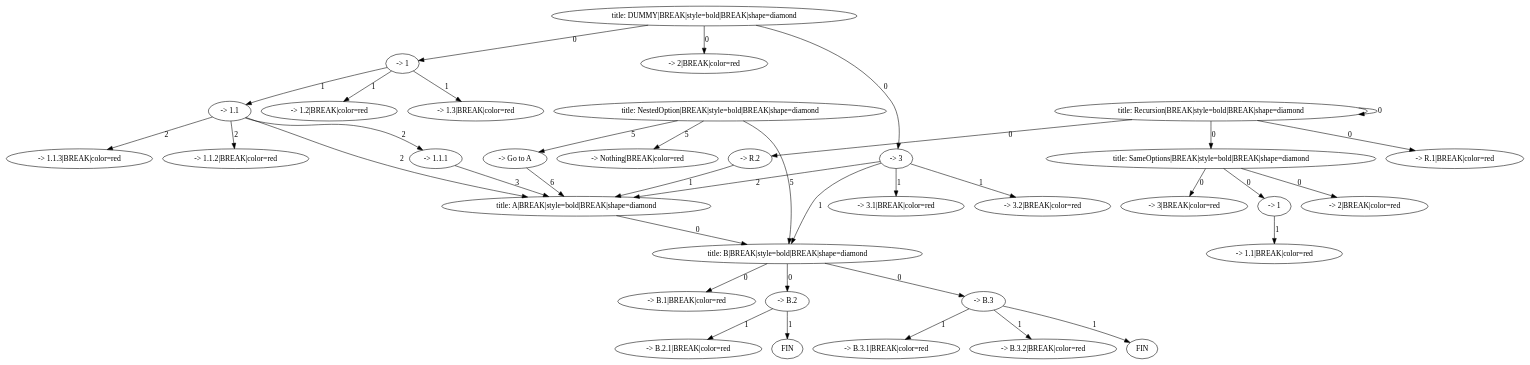
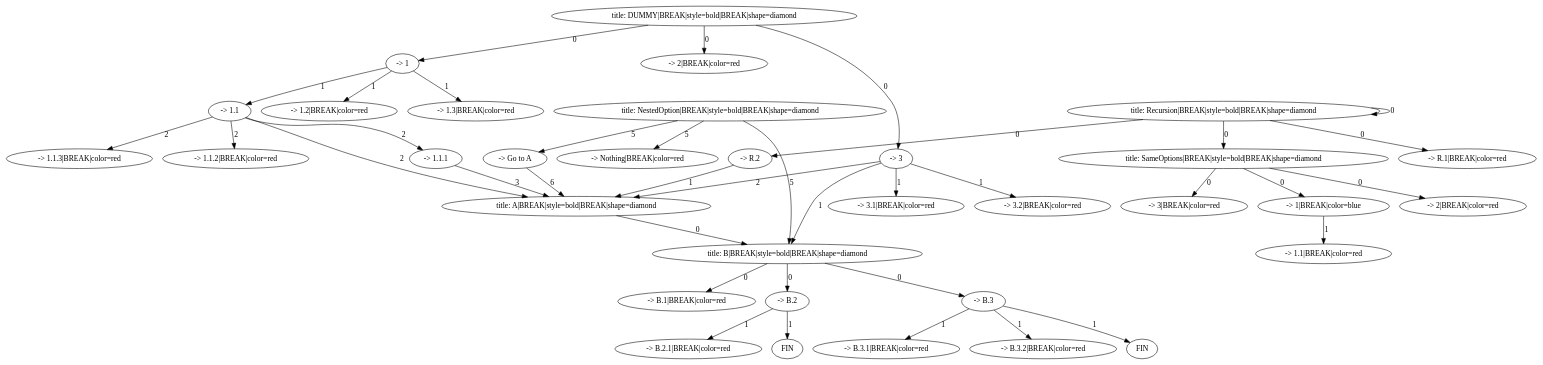
One commit to PraxTube/lost-oppai changed the diagram in dialogue_graph/DUMMY.dot. Above: the diagram before and after it, drawn with Graphviz. The commit also changed 2 other files, not shown here.

Commit message:
feat: Add coloring in graph for single option node
Also decrease map size a little.

```diff
--- a/dialogue_graph/DUMMY.dot
+++ b/dialogue_graph/DUMMY.dot
@@ -1,72 +1,72 @@
 digraph {
     0 [ label = "title: DUMMY|BREAK|style=bold|BREAK|shape=diamond" ]
     1 [ label = "title: A|BREAK|style=bold|BREAK|shape=diamond" ]
     2 [ label = "title: B|BREAK|style=bold|BREAK|shape=diamond" ]
     3 [ label = "title: Recursion|BREAK|style=bold|BREAK|shape=diamond" ]
     4 [ label = "title: SameOptions|BREAK|style=bold|BREAK|shape=diamond" ]
     5 [ label = "title: NestedOption|BREAK|style=bold|BREAK|shape=diamond" ]
     6 [ label = "-> 1" ]
     7 [ label = "-> 1.1" ]
     8 [ label = "-> 1.1.1" ]
     9 [ label = "-> 1.1.2|BREAK|color=red" ]
     10 [ label = "-> 1.1.3|BREAK|color=red" ]
     11 [ label = "-> 1.2|BREAK|color=red" ]
     12 [ label = "-> 1.3|BREAK|color=red" ]
     13 [ label = "-> 2|BREAK|color=red" ]
     14 [ label = "-> 3" ]
     15 [ label = "-> 3.1|BREAK|color=red" ]
     16 [ label = "-> 3.2|BREAK|color=red" ]
     17 [ label = "-> B.1|BREAK|color=red" ]
     18 [ label = "-> B.2" ]
     19 [ label = "FIN" ]
     20 [ label = "-> B.2.1|BREAK|color=red" ]
     21 [ label = "-> B.3" ]
     22 [ label = "-> B.3.1|BREAK|color=red" ]
     23 [ label = "-> B.3.2|BREAK|color=red" ]
     24 [ label = "FIN" ]
     25 [ label = "-> R.1|BREAK|color=red" ]
     26 [ label = "-> R.2" ]
-    27 [ label = "-> 1" ]
+    27 [ label = "-> 1|BREAK|color=blue" ]
     28 [ label = "-> 1.1|BREAK|color=red" ]
     29 [ label = "-> 2|BREAK|color=red" ]
     30 [ label = "-> 3|BREAK|color=red" ]
     31 [ label = "-> Go to A" ]
     32 [ label = "-> Nothing|BREAK|color=red" ]
     0 -> 6 [ label = "0" ]
     6 -> 7 [ label = "1" ]
     7 -> 8 [ label = "2" ]
     8 -> 1 [ label = "3" ]
     7 -> 1 [ label = "2" ]
     7 -> 9 [ label = "2" ]
     7 -> 10 [ label = "2" ]
     6 -> 11 [ label = "1" ]
     6 -> 12 [ label = "1" ]
     0 -> 13 [ label = "0" ]
     0 -> 14 [ label = "0" ]
     14 -> 15 [ label = "1" ]
     14 -> 16 [ label = "1" ]
     14 -> 1 [ label = "2" ]
     14 -> 2 [ label = "1" ]
     1 -> 2 [ label = "0" ]
     2 -> 17 [ label = "0" ]
     2 -> 18 [ label = "0" ]
     18 -> 19 [ label = "1" ]
     18 -> 20 [ label = "1" ]
     2 -> 21 [ label = "0" ]
     21 -> 22 [ label = "1" ]
     21 -> 23 [ label = "1" ]
     21 -> 24 [ label = "1" ]
     3 -> 25 [ label = "0" ]
     3 -> 4 [ label = "0" ]
     3 -> 26 [ label = "0" ]
     26 -> 1 [ label = "1" ]
     3 -> 3 [ label = "0" ]
     4 -> 27 [ label = "0" ]
     27 -> 28 [ label = "1" ]
     4 -> 29 [ label = "0" ]
     4 -> 30 [ label = "0" ]
     5 -> 31 [ label = "5" ]
     31 -> 1 [ label = "6" ]
     5 -> 32 [ label = "5" ]
     5 -> 2 [ label = "5" ]
 }
```
